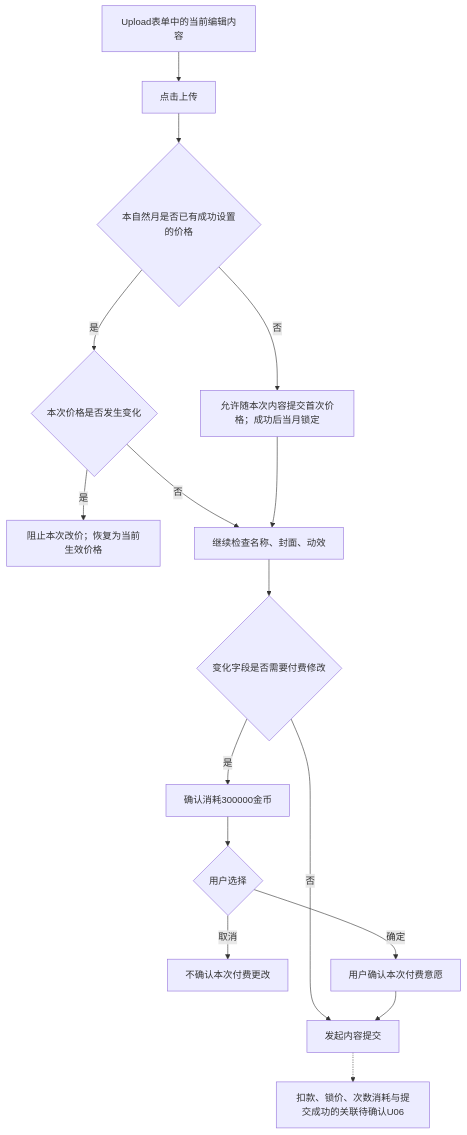
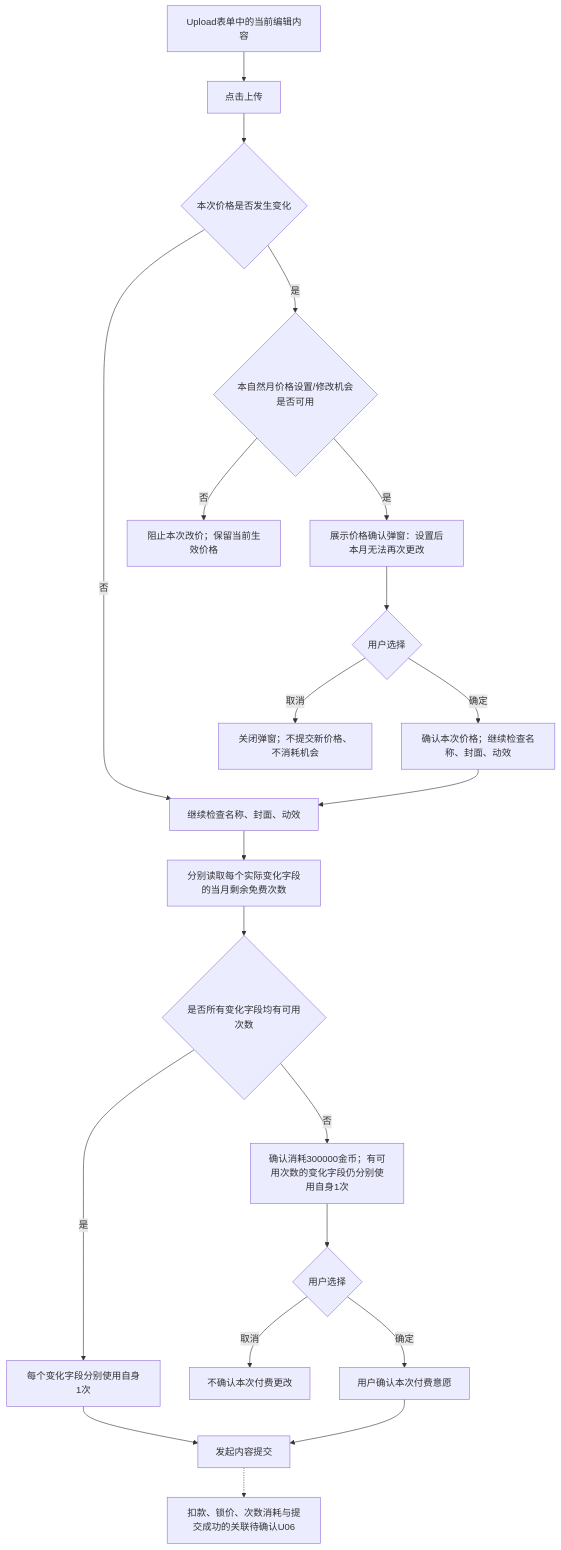
One commit to kocekid/TOPKHALIJ_2.1.40 changed the second of 3 diagrams in 定制礼物需求文档.md. Above: the diagram before and after it, drawn with Mermaid. The commit also changed other lines of this file and 12 other files, not shown here.

````diff
--- a/定制礼物需求文档.md
+++ b/定制礼物需求文档.md
@@ -124,18 +129,23 @@
 ```mermaid
 flowchart TD
     A["Upload表单中的当前编辑内容"] --> B["点击上传"]
-    B --> C{"本自然月是否已有成功设置的价格"}
-    C -- "否" --> D["允许随本次内容提交首次价格；成功后当月锁定"]
-    C -- "是" --> E{"本次价格是否发生变化"}
-    E -- "是" --> F["阻止本次改价；恢复为当前生效价格"]
-    E -- "否" --> G["继续检查名称、封面、动效"]
-    D --> G
-    G --> H{"变化字段是否需要付费修改"}
-    H -- "是" --> I["确认消耗300000金币"]
-    H -- "否" --> M["发起内容提交"]
+    B --> C{"本次价格是否发生变化"}
+    C -- "否" --> G["继续检查名称、封面、动效"]
+    C -- "是" --> D{"本自然月价格设置/修改机会是否可用"}
+    D -- "否" --> F["阻止本次改价；保留当前生效价格"]
+    D -- "是" --> P["展示价格确认弹窗：设置后本月无法再次更改"]
+    P --> Q{"用户选择"}
+    Q -- "取消" --> R["关闭弹窗；不提交新价格、不消耗机会"]
+    Q -- "确定" --> S["确认本次价格；继续检查名称、封面、动效"]
+    S --> G
+    G --> X["分别读取每个实际变化字段的当月剩余免费次数"]
+    X --> Y{"是否所有变化字段均有可用次数"}
+    Y -- "是" --> Z["每个变化字段分别使用自身1次"]
+    Z --> M["发起内容提交"]
+    Y -- "否" --> I["确认消耗300000金币；有可用次数的变化字段仍分别使用自身1次"]
     I --> J{"用户选择"}
     J -- "取消" --> K["不确认本次付费更改"]
     J -- "确定" --> L["用户确认本次付费意愿"]
     L --> M
     M -.-> N["扣款、锁价、次数消耗与提交成功的关联待确认U06"]
 ```
````
